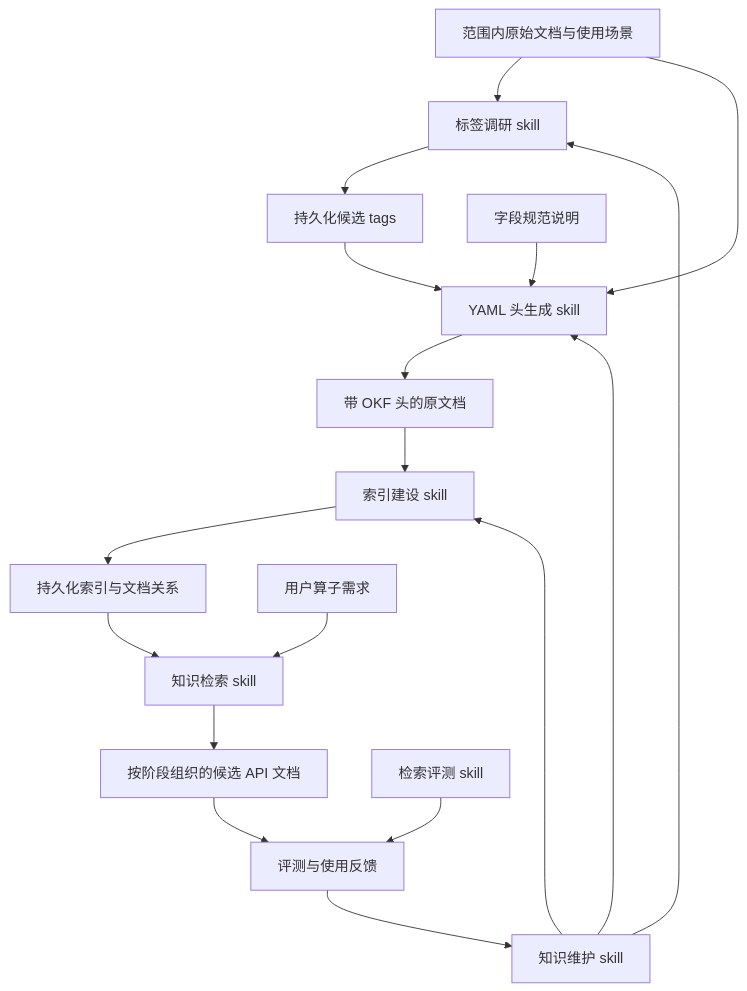
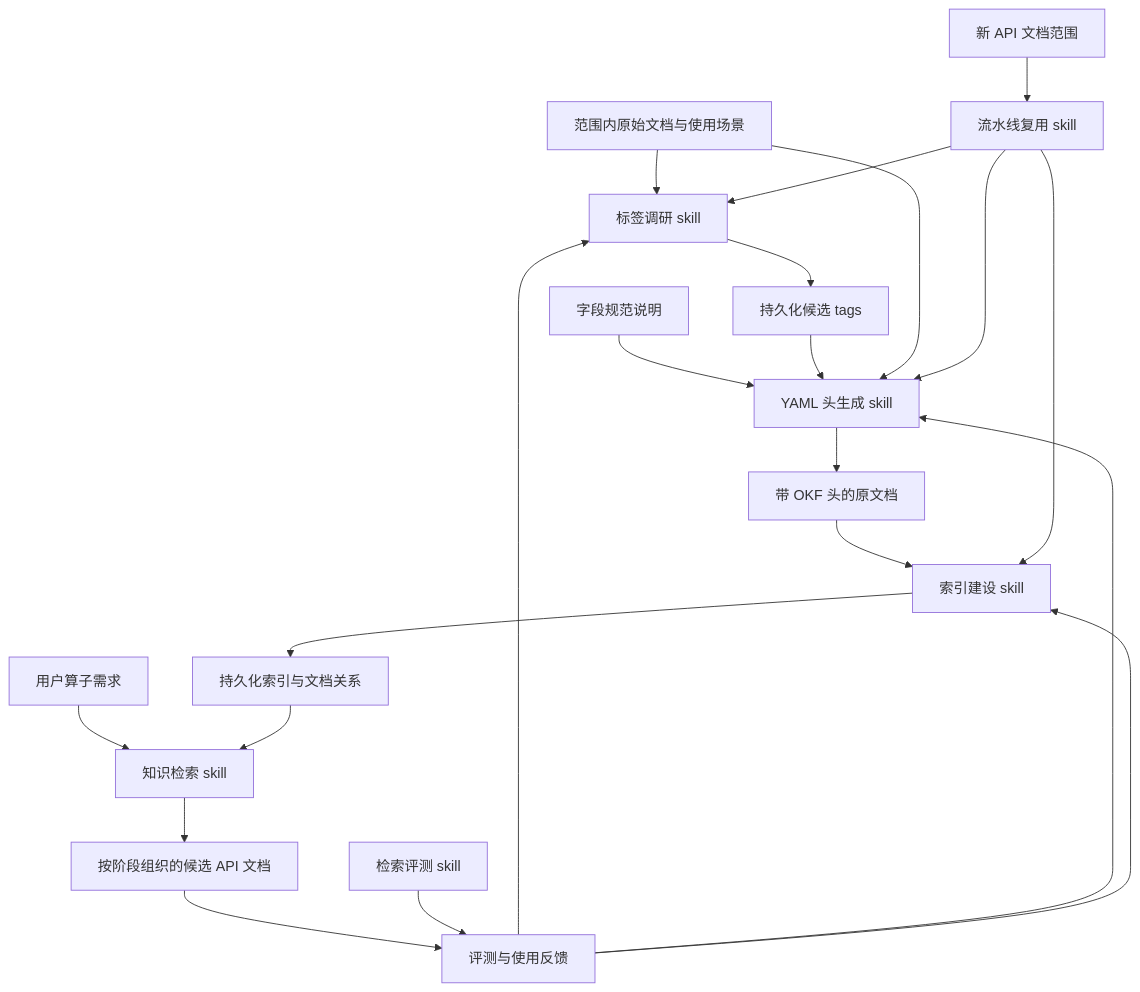
The diagram in okf_skills/流程与架构说明书.md (qingshangyan12/asc-devkit_clone), drawn with Mermaid before and after one commit. The commit also changed other lines of this file and 7 other files, not shown here.

````diff
--- a/okf_skills/流程与架构说明书.md
+++ b/okf_skills/流程与架构说明书.md
@@ -15,20 +15,23 @@
 ```mermaid
 flowchart TD
     A[范围内原始文档与使用场景] --> B[标签调研 skill]
     B --> C[持久化候选 tags]
     D[字段规范说明] --> E[YAML 头生成 skill]
     C --> E
     A --> E
     E --> F[带 OKF 头的原文档]
     F --> G[索引建设 skill]
     G --> H[持久化索引与文档关系]
     I[用户算子需求] --> J[知识检索 skill]
     H --> J
     J --> K[按阶段组织的候选 API 文档]
     K --> L[评测与使用反馈]
-    L --> M[知识维护 skill]
-    M --> B
-    M --> E
-    M --> G
-    N[检索评测 skill] --> L
+    L --> B
+    L --> E
+    L --> G
+    M[新 API 文档范围] --> N[流水线复用 skill]
+    N --> B
+    N --> E
+    N --> G
+    O[检索评测 skill] --> L
 ```
````
